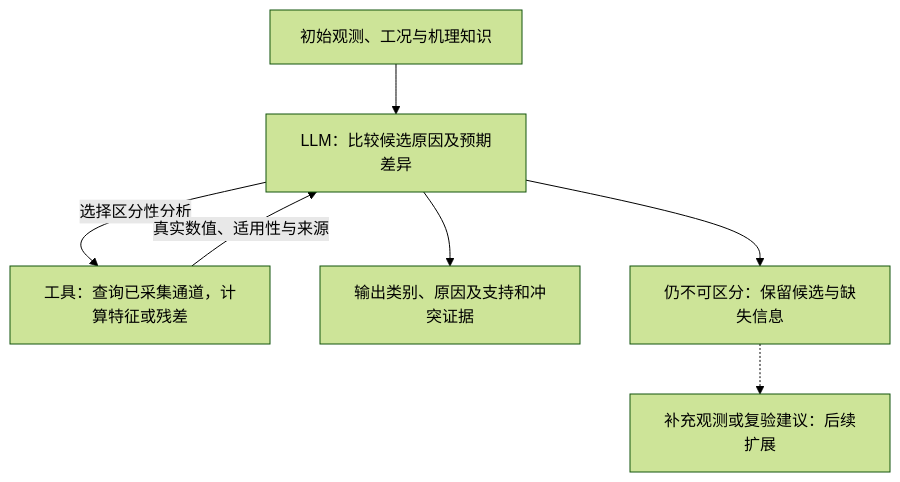
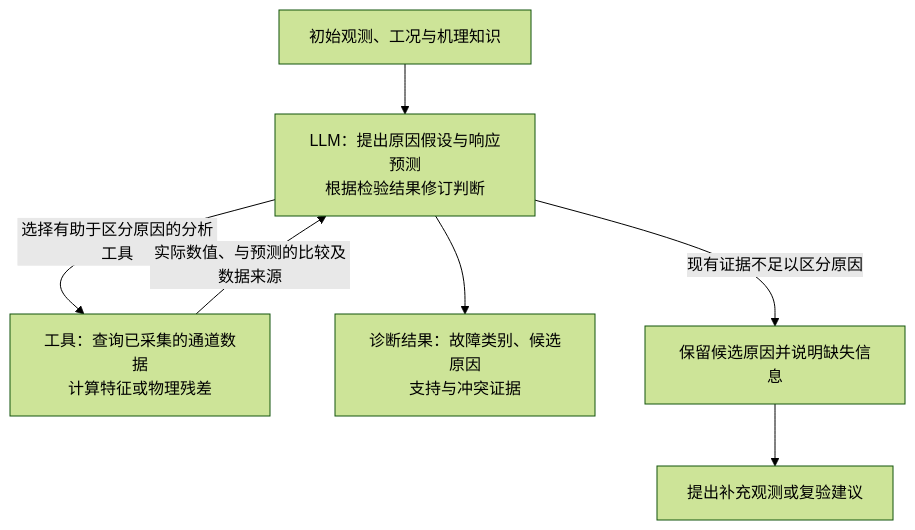
One commit to LYX2LK/Typhoon-HIL-lab-workflow changed the third of 3 diagrams in docs/research/2026-11-11-hil-ai-selection/technical-selection.md. Above: the diagram before and after it, drawn with Mermaid (forest theme). The commit also changed other lines of this file and 14 other files, not shown here.

First line of the commit message:
docs(research): 深化 HIL 大模型方法设计并完善方案与流程图

````diff
--- a/docs/research/2026-11-11-hil-ai-selection/technical-selection.md
+++ b/docs/research/2026-11-11-hil-ai-selection/technical-selection.md
@@ -115,9 +189,9 @@
 ```mermaid
 flowchart TD
-    A["初始观测、工况与机理知识"] --> B["LLM：比较候选原因及预期差异"]
-    B -->|选择区分性分析| T["工具：查询已采集通道，计算特征或残差"]
-    T -->|真实数值、适用性与来源| B
-    B --> O["输出类别、原因及支持和冲突证据"]
-    B --> U["仍不可区分：保留候选与缺失信息"]
-    U -.-> R["补充观测或复验建议：后续扩展"]
+    A["初始观测、工况与机理知识"] --> B["LLM：提出原因假设与响应预测<br/>根据检验结果修订判断"]
+    B -->|选择有助于区分原因的分析工具| T["工具：查询已采集的通道数据<br/>计算特征或物理残差"]
+    T -->|实际数值、与预测的比较及数据来源| B
+    B --> O["诊断结果：故障类别、候选原因<br/>支持与冲突证据"]
+    B -->|现有证据不足以区分原因| U["保留候选原因并说明缺失信息"]
+    U --> R["提出补充观测或复验建议"]
 ```
````
